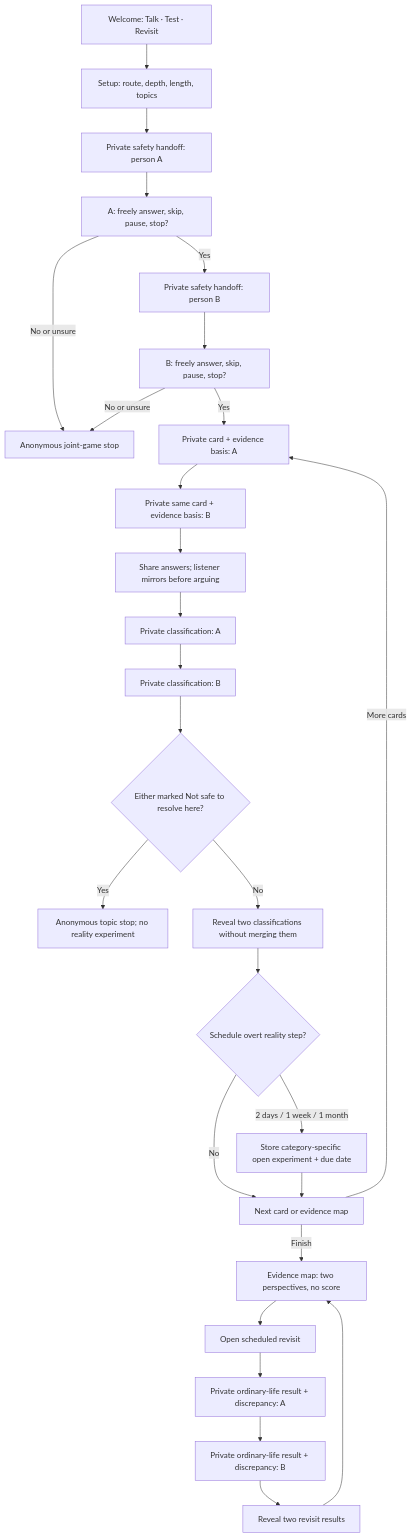
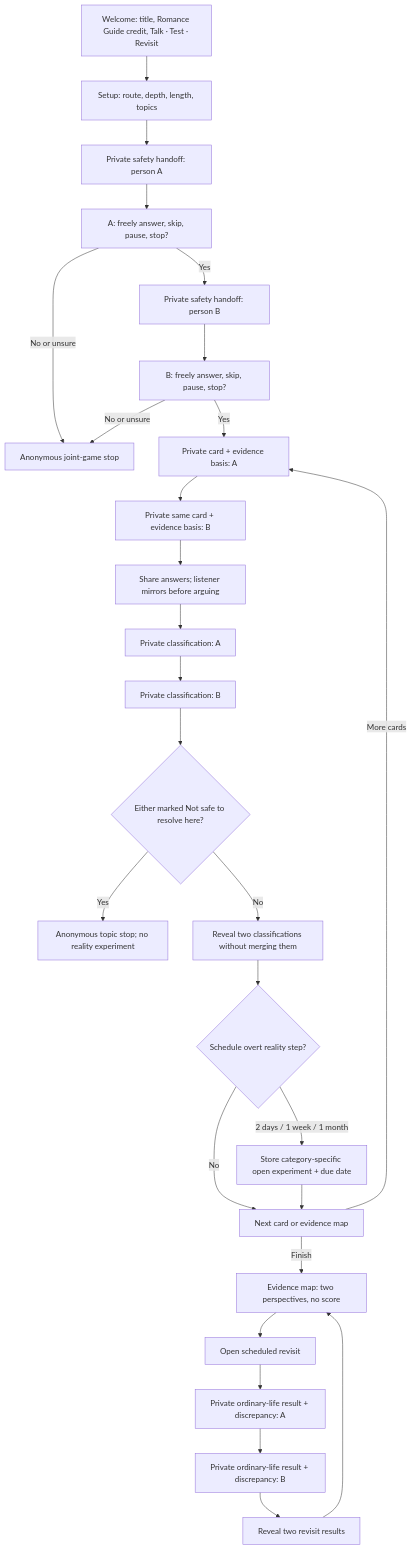
Before and after one commit to u-dont-existDOTcom/joel-articles: the second of 6 diagrams in product-architectures/love-honestly-card-game/ARCHITECTURE.md, drawn with Mermaid. The commit also changed other lines of this file, not shown here.

Commit message:
docs: update Love Honestly architecture to v0.2.1

````diff
--- a/product-architectures/love-honestly-card-game/ARCHITECTURE.md
+++ b/product-architectures/love-honestly-card-game/ARCHITECTURE.md
@@ -17,29 +37,29 @@
 ```mermaid
 flowchart TD
-    W["Welcome: Talk · Test · Revisit"] --> S["Setup: route, depth, length, topics"]
+    W["Welcome: title, Romance Guide credit, Talk · Test · Revisit"] --> S["Setup: route, depth, length, topics"]
     S --> HA["Private safety handoff: person A"]
     HA --> SA["A: freely answer, skip, pause, stop?"]
     SA -->|"No or unsure"| STOP["Anonymous joint-game stop"]
     SA -->|"Yes"| HB["Private safety handoff: person B"]
     HB --> SB["B: freely answer, skip, pause, stop?"]
     SB -->|"No or unsure"| STOP
     SB -->|"Yes"| EA0["Private card + evidence basis: A"]
     EA0 --> EA1["Private same card + evidence basis: B"]
     EA1 --> D["Share answers; listener mirrors before arguing"]
     D --> CA["Private classification: A"]
     CA --> CB["Private classification: B"]
     CB --> U{"Either marked Not safe to resolve here?"}
     U -->|"Yes"| USTOP["Anonymous topic stop; no reality experiment"]
     U -->|"No"| C["Reveal two classifications without merging them"]
     C --> R{"Schedule overt reality step?"}
     R -->|"No"| N["Next card or evidence map"]
     R -->|"2 days / 1 week / 1 month"| P["Store category-specific open experiment + due date"]
     P --> N
     N -->|"More cards"| EA0
     N -->|"Finish"| M["Evidence map: two perspectives, no score"]
     M --> RV["Open scheduled revisit"]
     RV --> RA["Private ordinary-life result + discrepancy: A"]
     RA --> RB["Private ordinary-life result + discrepancy: B"]
     RB --> RC["Reveal two revisit results"]
     RC --> M
 ```
````
